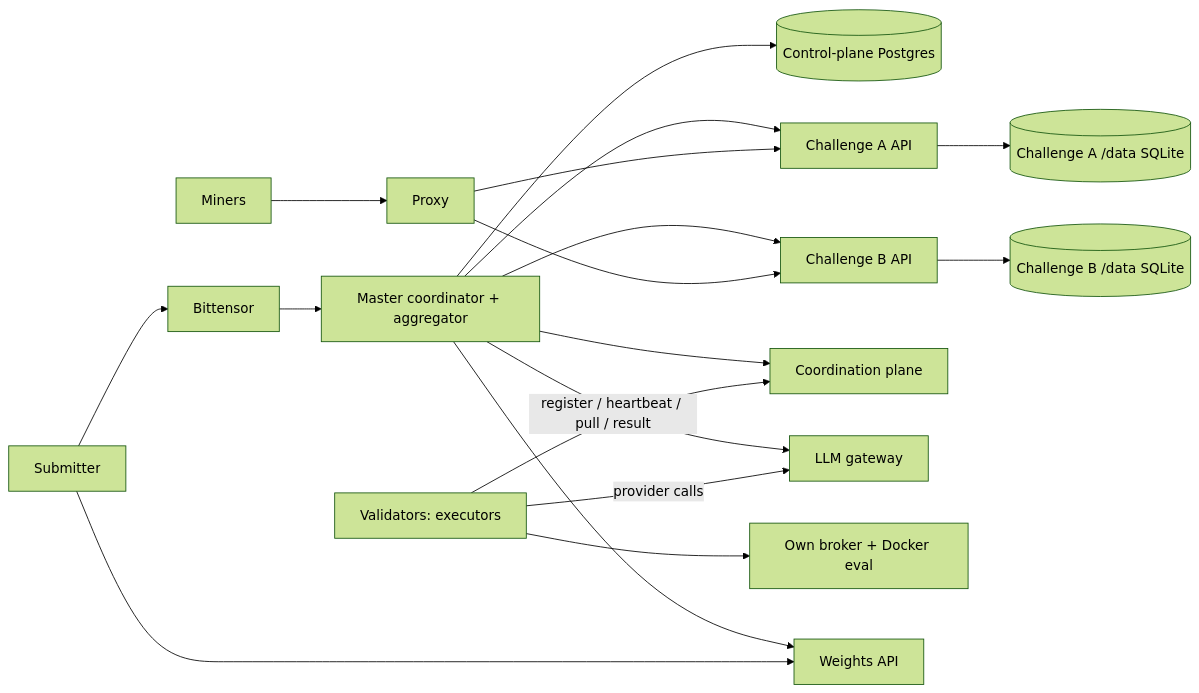
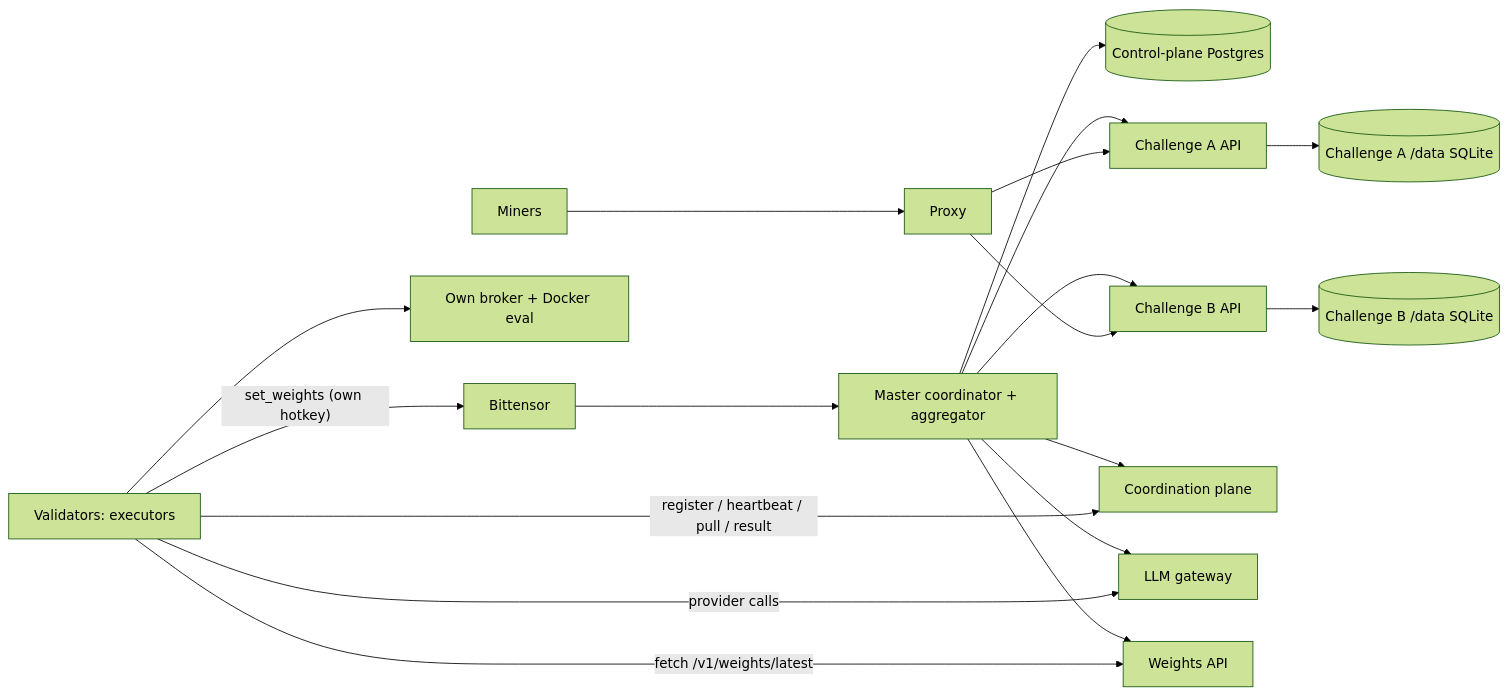
The first of 2 diagrams in README.md (BaseIntelligence/base), drawn with Mermaid (forest theme) before and after one commit. The commit also changed other lines of this file, not shown here.

Commit message:
docs(readme): reflect autonomous auto-update, registry reconciler, per-validator on-chain weights

````diff
--- a/README.md
+++ b/README.md
@@ -86,20 +86,20 @@
 ```mermaid
 flowchart LR
     BT[Bittensor] --> M[Master coordinator + aggregator]
     M --> PG[(Control-plane Postgres)]
     M --> C1[Challenge A API]
     M --> C2[Challenge B API]
     C1 --> D1[(Challenge A /data SQLite)]
     C2 --> D2[(Challenge B /data SQLite)]
     M --> CP[Coordination plane]
     M --> GW[LLM gateway]
     V[Validators: executors] -- register / heartbeat / pull / result --> CP
     V -- provider calls --> GW
     V --> VB[Own broker + Docker eval]
     U[Miners] --> P[Proxy]
     P --> C1
     P --> C2
     M --> W[Weights API]
-    SUB[Submitter] --> W
-    SUB --> BT
+    V -- fetch /v1/weights/latest --> W
+    V -- set_weights (own hotkey) --> BT
 ```
````
